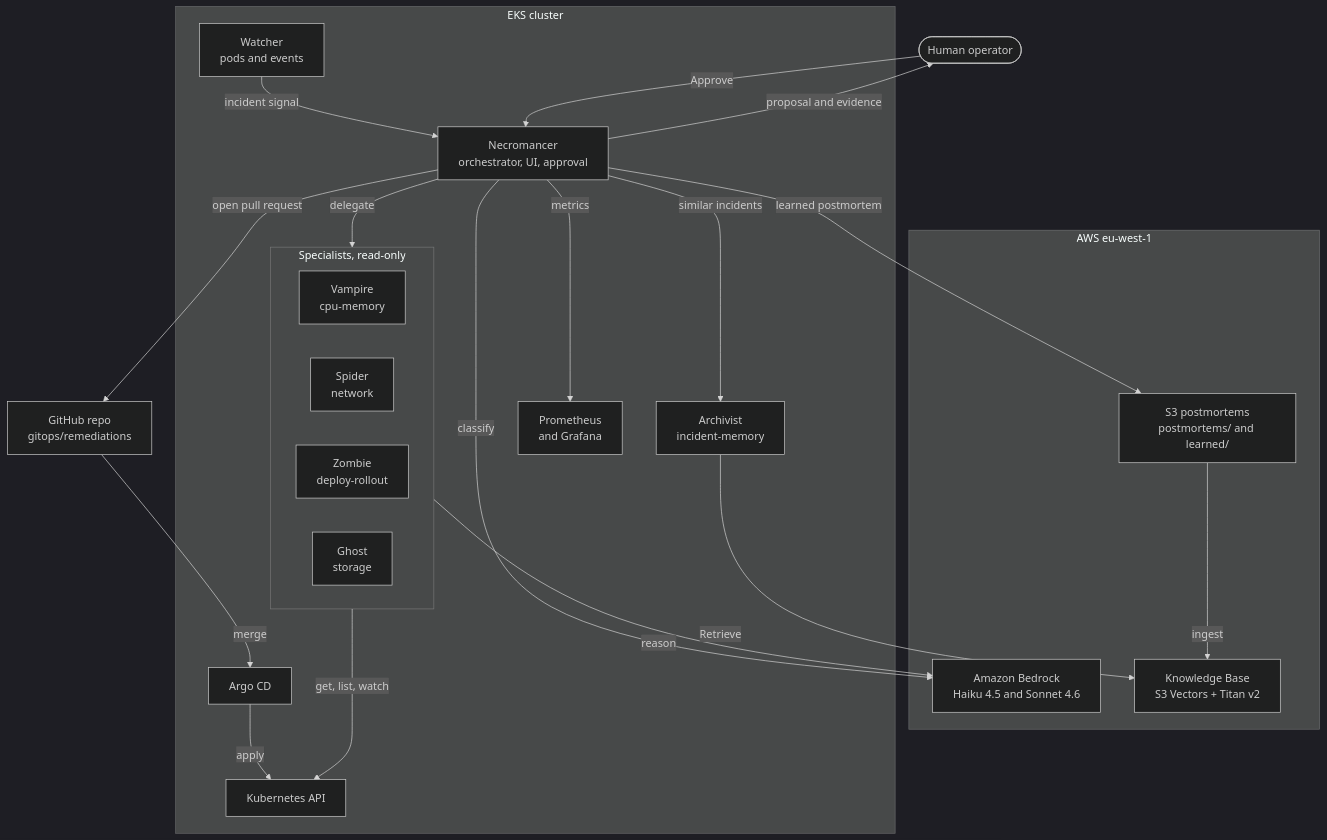
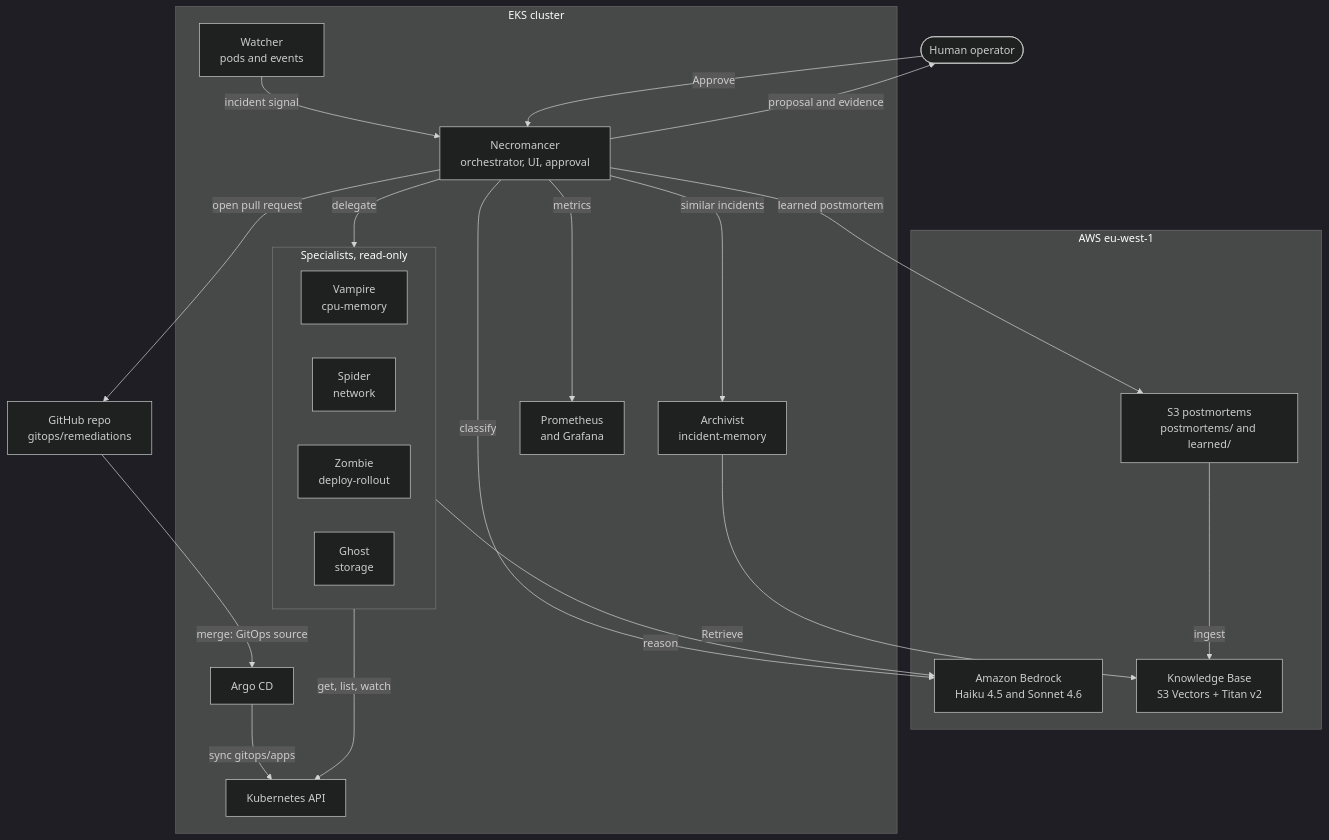
The diagram in README.md (romanceresnak/kiroween-incident-crypt), drawn with Mermaid (dark theme) before and after one commit. The commit also changed other lines of this file and 2 other files, not shown here.

````diff
--- a/README.md
+++ b/README.md
@@ -48,42 +50,42 @@
 ```mermaid
 flowchart TB
   human(["Human operator"])
   gh["GitHub repo<br/>gitops/remediations"]
 
   subgraph aws["AWS eu-west-1"]
     bedrock["Amazon Bedrock<br/>Haiku 4.5 and Sonnet 4.6"]
     kb["Knowledge Base<br/>S3 Vectors + Titan v2"]
     s3["S3 postmortems<br/>postmortems/ and learned/"]
   end
 
   subgraph eks["EKS cluster"]
     watcher["Watcher<br/>pods and events"]
     necro["Necromancer<br/>orchestrator, UI, approval"]
     subgraph crew["Specialists, read-only"]
       vampire["Vampire<br/>cpu-memory"]
       spider["Spider<br/>network"]
       zombie["Zombie<br/>deploy-rollout"]
       ghost["Ghost<br/>storage"]
     end
     archivist["Archivist<br/>incident-memory"]
     kube["Kubernetes API"]
     argo["Argo CD"]
     graf["Prometheus<br/>and Grafana"]
   end
 
   watcher -->|incident signal| necro
   necro -->|classify| bedrock
   necro -->|similar incidents| archivist
   archivist -->|Retrieve| kb
   s3 -->|ingest| kb
   necro -->|delegate| crew
   crew -->|get, list, watch| kube
   crew -->|reason| bedrock
   necro -->|proposal and evidence| human
   human -->|Approve| necro
   necro -->|open pull request| gh
-  gh -->|merge| argo
-  argo -->|apply| kube
+  gh -->|"merge: GitOps source"| argo
+  argo -->|"sync gitops/apps"| kube
   necro -->|learned postmortem| s3
   necro -->|metrics| graf
 ```
````
